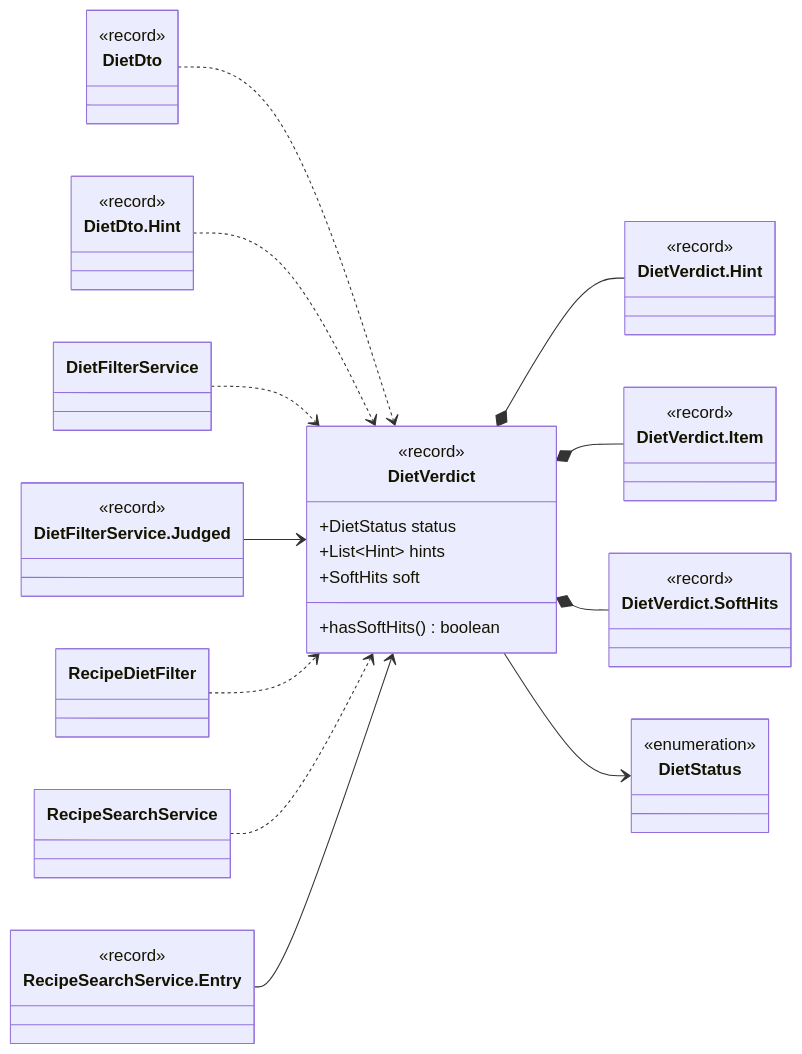
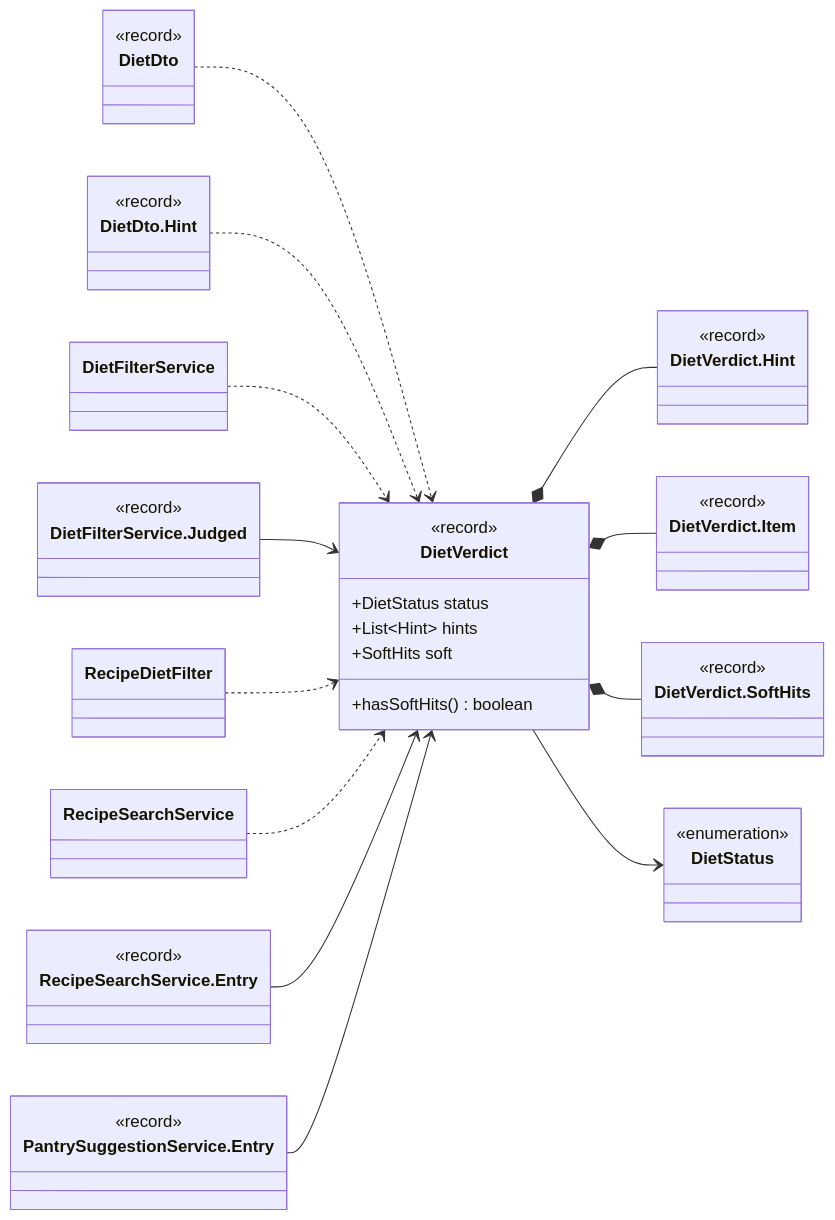
The tenth of 15 diagrams in docs/classes/diet.md (Nate-ryan-7690/dahaem), drawn with Mermaid before and after one commit. The commit also changed other lines of this file and 16 other files, not shown here.

Commit message:
Pantry suggestions: apply the household's diet rules, treat expired stock as not usable, cap the list at 200

````diff
--- a/docs/classes/diet.md
+++ b/docs/classes/diet.md
@@ -465,49 +473,53 @@
 ```mermaid
 classDiagram
     direction LR
     class diet_DietVerdict["DietVerdict"] {
         <<record>>
         +DietStatus status
         +List~Hint~ hints
         +SoftHits soft
         +hasSoftHits() boolean
     }
     class diet_DietVerdict_Hint["DietVerdict.Hint"] {
         <<record>>
     }
     class diet_DietVerdict_Item["DietVerdict.Item"] {
         <<record>>
     }
     class diet_DietVerdict_SoftHits["DietVerdict.SoftHits"] {
         <<record>>
     }
     class diet_DietStatus["DietStatus"] {
         <<enumeration>>
     }
     class diet_DietFilterService_Judged["DietFilterService.Judged"] {
         <<record>>
     }
     class mealplanner_RecipeSearchService_Entry["RecipeSearchService.Entry"] {
         <<record>>
     }
+    class suggestions_PantrySuggestionService_Entry["PantrySuggestionService.Entry"] {
+        <<record>>
+    }
     class api_DietDto["DietDto"] {
         <<record>>
     }
     class api_DietDto_Hint["DietDto.Hint"] {
         <<record>>
     }
     class diet_DietFilterService["DietFilterService"]
     class diet_RecipeDietFilter["RecipeDietFilter"]
     class mealplanner_RecipeSearchService["RecipeSearchService"]
     diet_DietVerdict *-- diet_DietVerdict_Hint
     diet_DietVerdict *-- diet_DietVerdict_Item
     diet_DietVerdict *-- diet_DietVerdict_SoftHits
     diet_DietVerdict --> diet_DietStatus
     api_DietDto ..> diet_DietVerdict
     api_DietDto_Hint ..> diet_DietVerdict
     diet_DietFilterService ..> diet_DietVerdict
     diet_DietFilterService_Judged --> diet_DietVerdict
     diet_RecipeDietFilter ..> diet_DietVerdict
     mealplanner_RecipeSearchService ..> diet_DietVerdict
     mealplanner_RecipeSearchService_Entry --> diet_DietVerdict
+    suggestions_PantrySuggestionService_Entry --> diet_DietVerdict
 ```
````
